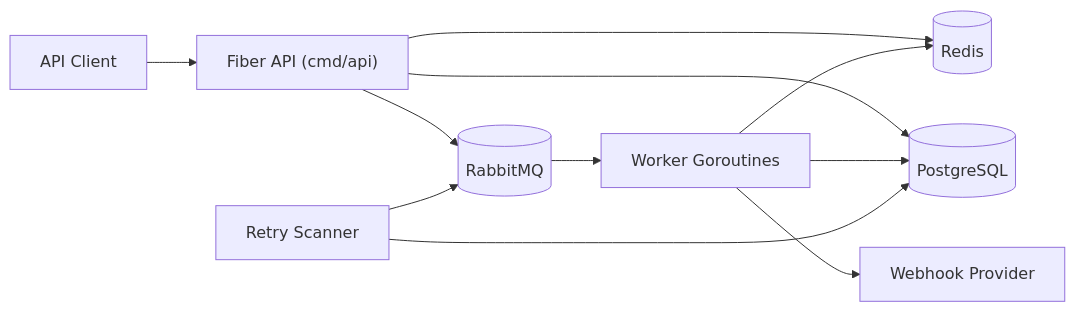
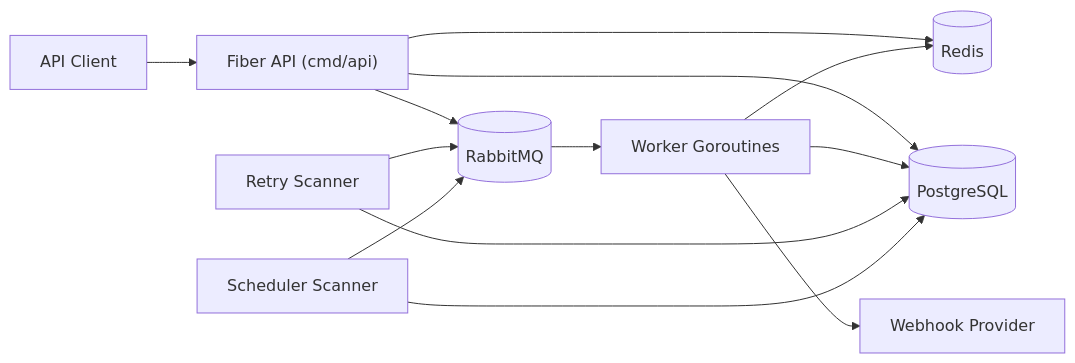
Before and after one commit to kursadbilgin/dispatch-engine: the first of 3 diagrams in docs/ARCHITECTURE.md, drawn with Mermaid. The commit also changed other lines of this file and 22 other files, not shown here.

````diff
--- a/docs/ARCHITECTURE.md
+++ b/docs/ARCHITECTURE.md
@@ -7,13 +7,15 @@
 ```mermaid
 flowchart LR
   Client[API Client] --> API["Fiber API (cmd/api)"]
   API --> PG[(PostgreSQL)]
   API --> RMQ[(RabbitMQ)]
   API --> Redis[(Redis)]
   RMQ --> Worker["Worker Goroutines"]
   Worker --> Provider[Webhook Provider]
   Worker --> PG
   Worker --> Redis
   Retry[Retry Scanner] --> PG
   Retry --> RMQ
+  Scheduler[Scheduler Scanner] --> PG
+  Scheduler --> RMQ
 ```
````
